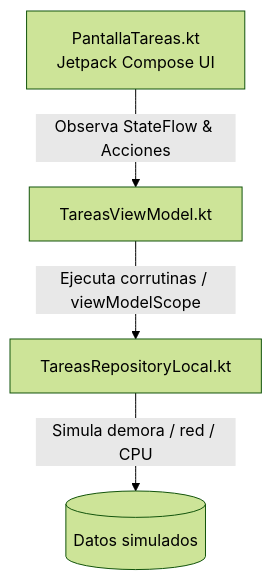
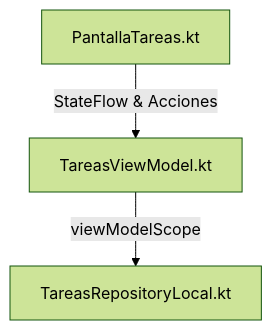
One commit to Programer-DMeli/CentroTareas-tec changed the diagram in README.md. Above: the diagram before and after it, drawn with Mermaid (forest theme). The commit also changed other lines of this file, not shown here.

````diff
--- a/README.md
+++ b/README.md
@@ -31,6 +19,5 @@
 ```mermaid
 graph TD
-    UI[PantallaTareas.kt <br/> Jetpack Compose UI] -->|Observa StateFlow & Acciones| VM[TareasViewModel.kt]
-    VM -->|Ejecuta corrutinas / viewModelScope| Repo[TareasRepositoryLocal.kt]
-    Repo -->|Simula demora / red / CPU| Data[(Datos simulados)]
+    UI[PantallaTareas.kt] -->|StateFlow & Acciones| VM[TareasViewModel.kt]
+    VM -->|viewModelScope| Repo[TareasRepositoryLocal.kt]
 ```
````
